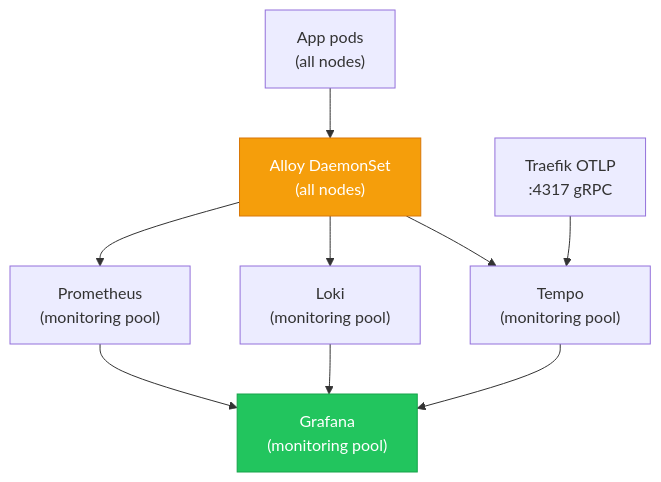
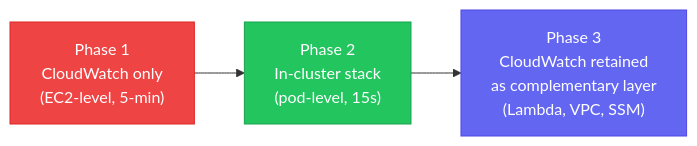
Before and after one commit to Nelson-Lamounier/portfolio-research-brain: the second of 2 diagrams in wiki/concepts/observability-stack.md, drawn with Mermaid. The commit also changed other lines of this file and 41 other files, not shown here.

````diff
--- a/wiki/concepts/observability-stack.md
+++ b/wiki/concepts/observability-stack.md
@@ -16,13 +461,8 @@
 ```mermaid
-flowchart TD
-    A1["App pods\n(all nodes)"] --> B["Alloy DaemonSet\n(all nodes)"]
-    A2["Traefik OTLP\n:4317 gRPC"] --> C["Tempo\n(monitoring pool)"]
-    B --> D["Prometheus\n(monitoring pool)"]
-    B --> E["Loki\n(monitoring pool)"]
-    B --> C
-    D --> F["Grafana\n(monitoring pool)"]
-    E --> F
-    C --> F
-    style B fill:#f59e0b,stroke:#d97706,color:#fff
-    style F fill:#22c55e,stroke:#16a34a,color:#fff
+flowchart LR
+    A["Phase 1\nCloudWatch only\n(EC2-level, 5-min)"] --> B["Phase 2\nIn-cluster stack\n(pod-level, 15s)"]
+    B --> C["Phase 3\nCloudWatch retained\nas complementary layer\n(Lambda, VPC, SSM)"]
+    style A fill:#ef4444,stroke:#dc2626,color:#fff
+    style B fill:#22c55e,stroke:#16a34a,color:#fff
+    style C fill:#6366f1,stroke:#4f46e5,color:#fff
 ```
````
